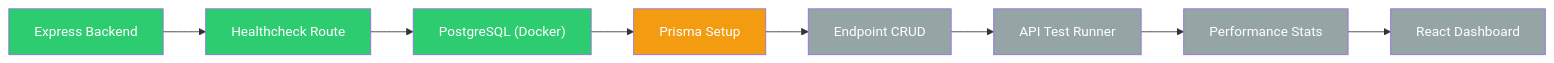
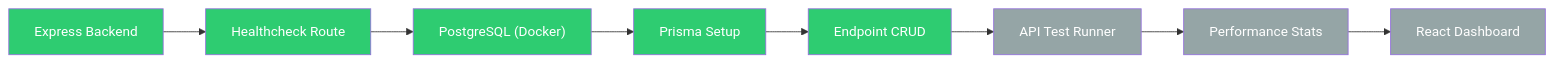
The diagram in README.md (zardledev/API-Performance-Monitor), drawn with Mermaid before and after one commit. The commit also changed other lines of this file, not shown here.

````diff
--- a/README.md
+++ b/README.md
@@ -112,18 +175,16 @@
 ```mermaid
 flowchart LR
     A[Express Backend] --> B[Healthcheck Route]
     B --> C["PostgreSQL (Docker)"]
     C --> D[Prisma Setup]
     D --> E[Endpoint CRUD]
     E --> F[API Test Runner]
     F --> G[Performance Stats]
     G --> H[React Dashboard]
 
-    class A,B,C done
-    class D inprogress
-    class E,F,G,H planned
+    class A,B,C,D,E done
+    class F,G,H planned
 
     classDef done fill:#2ecc71,color:#fff;
-    classDef inprogress fill:#f39c12,color:#fff;
     classDef planned fill:#95a5a6,color:#fff;
 ```
````
